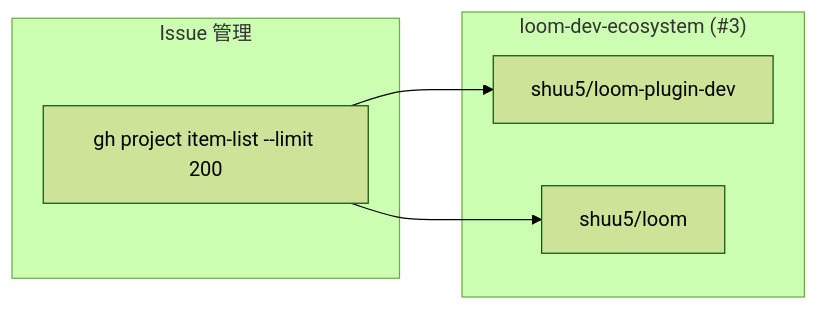
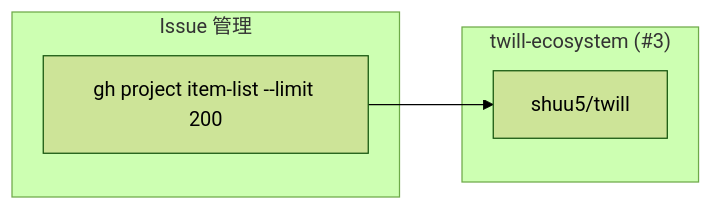
Before and after one commit to shuu5/twill: the third of 3 diagrams in plugins/dev/architecture/domain/contexts/project-mgmt.md, drawn with Mermaid (forest theme). The commit also changed other lines of this file and 14 other files, not shown here.

First line of the commit message:
feat: Architecture ドキュメント + CLAUDE.md 更新 (#273)

````diff
--- a/plugins/dev/architecture/domain/contexts/project-mgmt.md
+++ b/plugins/dev/architecture/domain/contexts/project-mgmt.md
@@ -83,13 +83,11 @@
 ```mermaid
 flowchart LR
-    subgraph "loom-dev-ecosystem (#3)"
-        LPD["shuu5/loom-plugin-dev"]
-        LOOM["shuu5/loom"]
+    subgraph "twill-ecosystem (#3)"
+        TWILL["shuu5/twill"]
     end
 
     subgraph "Issue 管理"
         GH["gh project item-list --limit 200"]
-        GH --> LPD
-        GH --> LOOM
+        GH --> TWILL
     end
 ```
````
